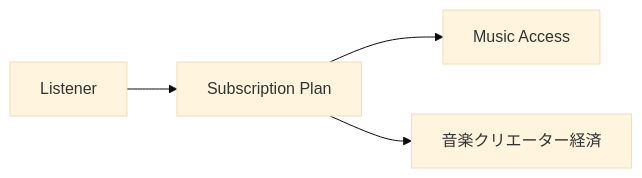
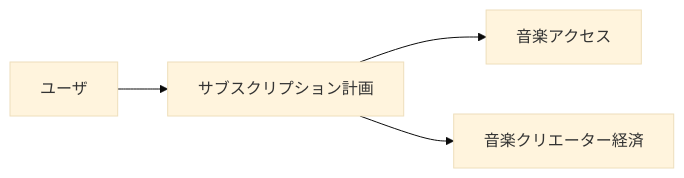
One commit to ShigeichiroYamasaki/creator-first-platform changed the second of 27 diagrams in docs/whitepaper/06-economics-mathjax.md. Above: the diagram before and after it, drawn with Mermaid (base theme). The commit also changed other lines of this file and 72 other files, not shown here.

````diff
--- a/docs/whitepaper/06-economics-mathjax.md
+++ b/docs/whitepaper/06-economics-mathjax.md
@@ -91,11 +91,11 @@
 ```mermaid
 flowchart LR
-    USER[Listener]
-    PLAN[Subscription Plan]
-    ACCESS[Music Access]
+    USER[ユーザ]
+    PLAN[サブスクリプション計画]
+    ACCESS[音楽アクセス]
     ECON[音楽クリエーター経済]
 
     USER --> PLAN
     PLAN --> ACCESS
     PLAN --> ECON
 ```
````
